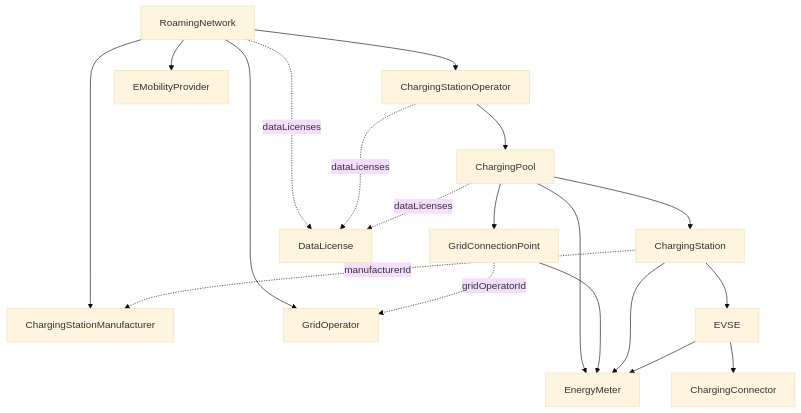
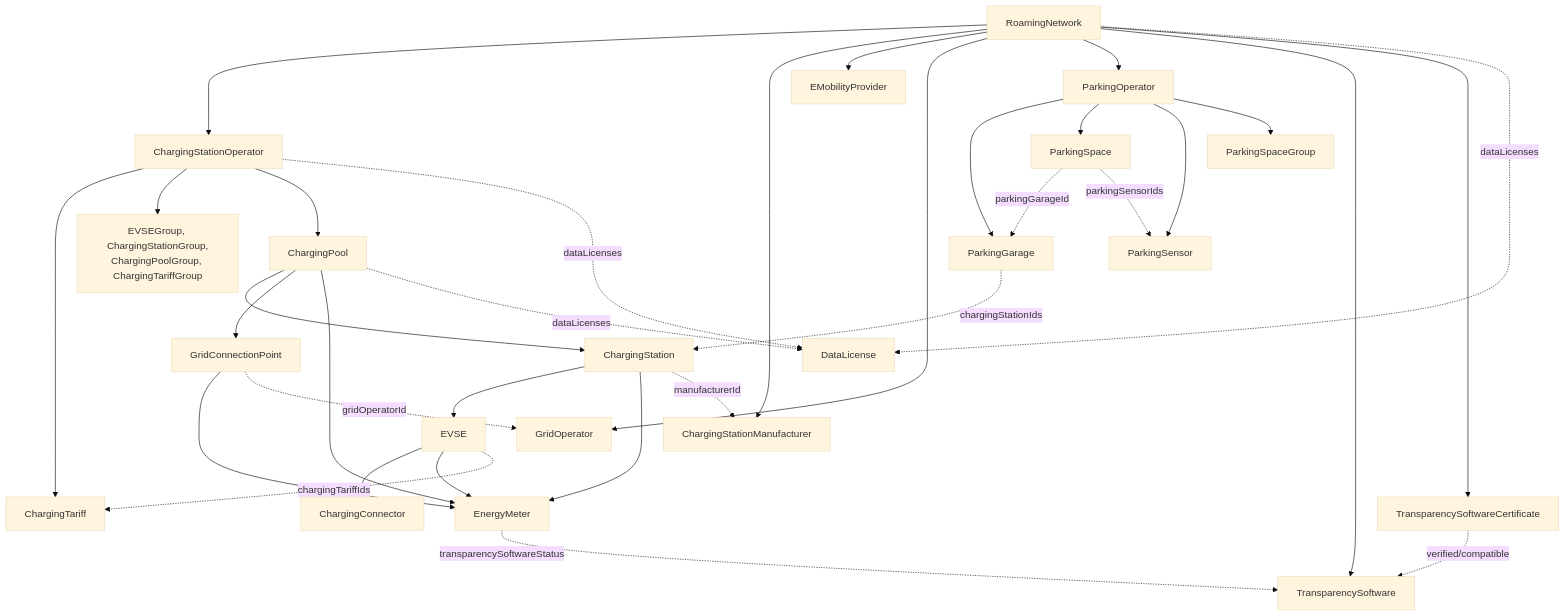
One commit to OpenChargingCloud/WWCP_POI changed the diagram in README.md. Above: the diagram before and after it, drawn with Mermaid (base theme). The commit also changed other lines of this file and 31 other files, not shown here.

First line of the commit message:
POI3 parking, charging tariffs, transparency software and groups

````diff
--- a/README.md
+++ b/README.md
@@ -18,21 +18,36 @@
 ```mermaid
 flowchart TD
     RoamingNetwork --> ChargingStationOperator
     RoamingNetwork --> ChargingStationManufacturer
     RoamingNetwork --> EMobilityProvider
     RoamingNetwork --> GridOperator
+    RoamingNetwork --> ParkingOperator
+    RoamingNetwork --> TransparencySoftware
+    RoamingNetwork --> TransparencySoftwareCertificate
+    ParkingOperator --> ParkingGarage
+    ParkingOperator --> ParkingSpace
+    ParkingOperator --> ParkingSensor
+    ParkingOperator --> ParkingSpaceGroup
+    ChargingStationOperator --> ChargingTariff
+    ChargingStationOperator --> Groups["EVSEGroup, ChargingStationGroup,<br/>ChargingPoolGroup, ChargingTariffGroup"]
     ChargingStationOperator --> ChargingPool
     ChargingPool --> ChargingStation
     ChargingPool --> GridConnectionPoint
     ChargingStation --> EVSE
     EVSE --> ChargingConnector
     ChargingPool --> EnergyMeter
     GridConnectionPoint --> EnergyMeter
     ChargingStation --> EnergyMeter
     EVSE --> EnergyMeter
     ChargingStation -. manufacturerId .-> ChargingStationManufacturer
     GridConnectionPoint -. gridOperatorId .-> GridOperator
+    ParkingSpace -. parkingGarageId .-> ParkingGarage
+    ParkingSpace -. parkingSensorIds .-> ParkingSensor
+    ParkingGarage -. chargingStationIds .-> ChargingStation
+    EVSE -. chargingTariffIds .-> ChargingTariff
+    EnergyMeter -. transparencySoftwareStatus .-> TransparencySoftware
+    TransparencySoftwareCertificate -. verified/compatible .-> TransparencySoftware
     RoamingNetwork -. dataLicenses .-> DataLicense
     ChargingStationOperator -. dataLicenses .-> DataLicense
     ChargingPool -. dataLicenses .-> DataLicense
 ```
````
